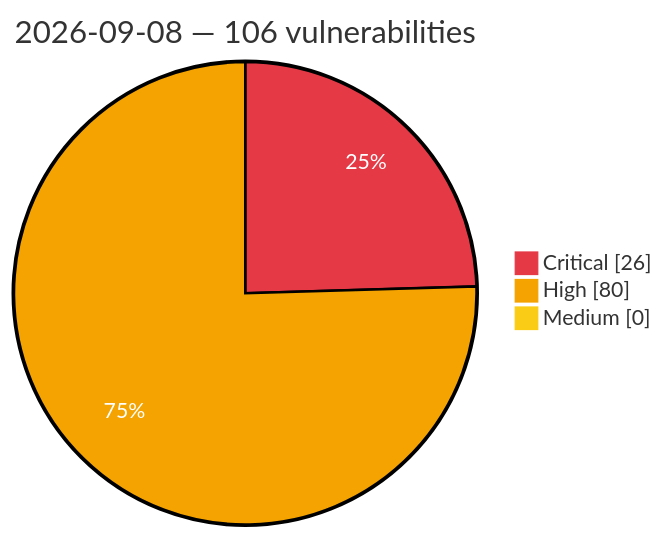
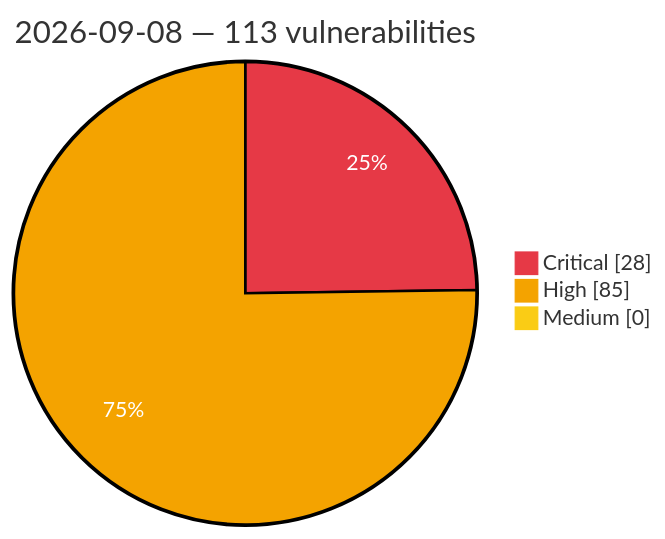
The diagram in vulnerabilities/2026/September/2026-09-08.md (GhostX0X/vuln-tracker), drawn with Mermaid before and after one commit. The commit also changed other lines of this file and 5 other files, not shown here.

Commit message:
Auto update: critical/high vulns (2026-09-09 01:10 UTC)

````diff
--- a/vulnerabilities/2026/September/2026-09-08.md
+++ b/vulnerabilities/2026/September/2026-09-08.md
@@ -3,8 +3,8 @@
 ```mermaid
 %%{init: {'theme':'base', 'themeVariables': {'pie1':'#e63946', 'pie2':'#f4a300', 'pie3':'#facc15', 'pieOpacity':'1', 'pieOuterStrokeWidth':'2px', 'pieSectionTextColor':'#ffffff'}}}%%
 pie showData
-    title 2026-09-08 — 106 vulnerabilities
-    "Critical" : 26
-    "High" : 80
+    title 2026-09-08 — 113 vulnerabilities
+    "Critical" : 28
+    "High" : 85
     "Medium" : 0
 ```
````
